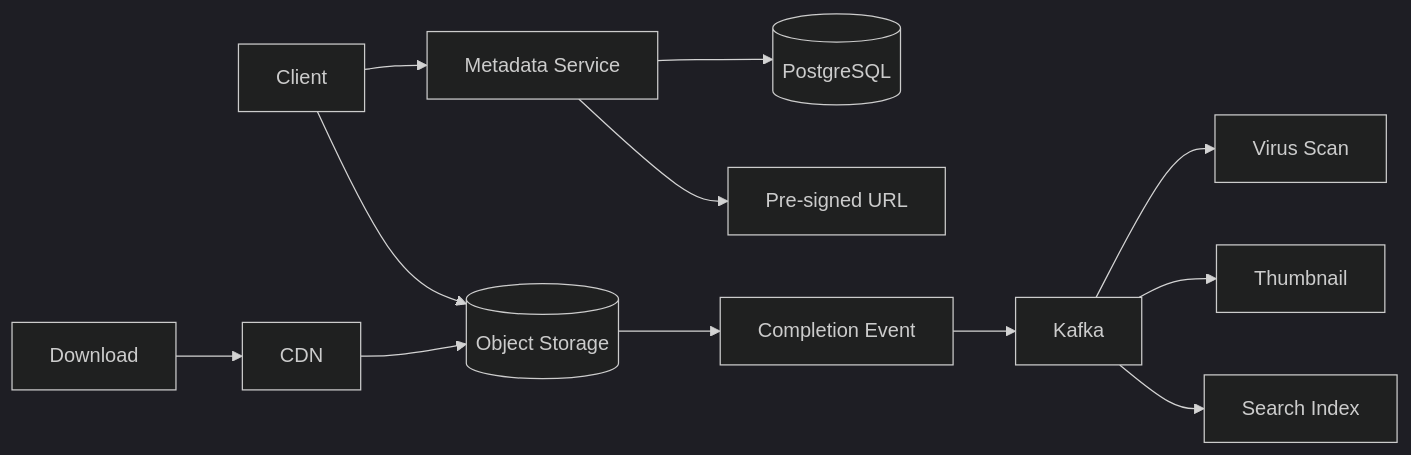
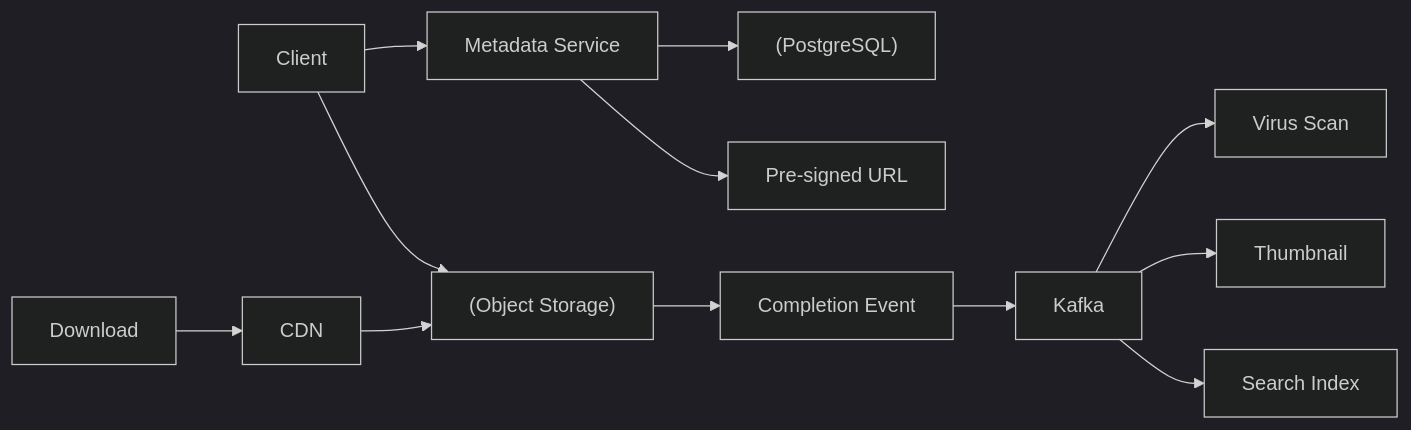
One commit to pankajThakur1874/studysheet changed the first of 3 diagrams in files/System-Design-Questions/13_file_storage_dropbox.md. Above: the diagram before and after it, drawn with Mermaid (dark theme). The commit also changed other lines of this file and 102 other files, not shown here.

Commit message:
Auto-fix Mermaid diagram syntax across all study guides to prevent Syntax Error in Mermaid v10

````diff
--- a/files/System-Design-Questions/13_file_storage_dropbox.md
+++ b/files/System-Design-Questions/13_file_storage_dropbox.md
@@ -75,14 +75,14 @@
 ```mermaid
 flowchart LR
     C[Client] --> M[Metadata Service]
-    M --> DB[(PostgreSQL)]
+    M --> DB["(PostgreSQL)"]
     M --> URL[Pre-signed URL]
-    C --> OBJ[(Object Storage)]
+    C --> OBJ["(Object Storage)"]
     OBJ --> EV[Completion Event]
     EV --> K[Kafka]
     K --> V[Virus Scan]
     K --> TH[Thumbnail]
     K --> SI[Search Index]
     C2[Download] --> CDN[CDN]
     CDN --> OBJ
 ```
````
